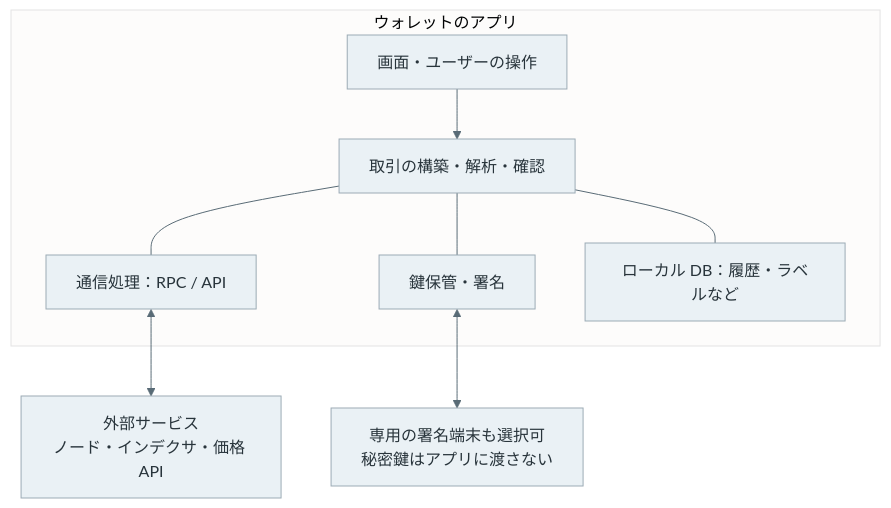
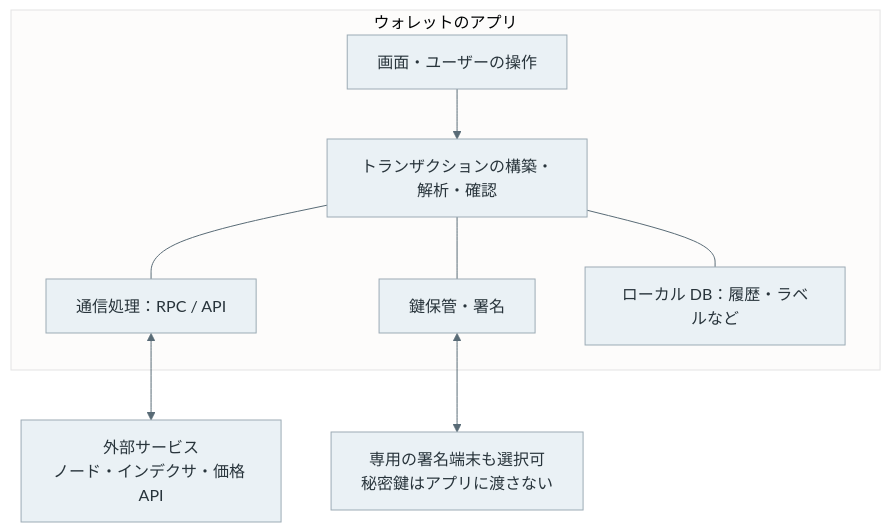
The tenth of 14 diagrams in content/notes/blockchain-systems/wallet/index.md (nao1215/debimate), drawn with Mermaid before and after one commit. The commit also changed other lines of this file and 12 other files, not shown here.

````diff
--- a/content/notes/blockchain-systems/wallet/index.md
+++ b/content/notes/blockchain-systems/wallet/index.md
@@ -516,14 +516,14 @@
 ```mermaid
 %%{init: {"theme":"base","themeVariables":{"primaryColor":"#eaf1f5","primaryTextColor":"#28343b","primaryBorderColor":"#9cabb5","lineColor":"#596b76","textColor":"#28343b","actorBkg":"#eaf1f5","actorBorder":"#9cabb5","actorTextColor":"#28343b","actorLineColor":"#9cabb5","signalColor":"#596b76","signalTextColor":"#28343b","noteBkgColor":"#f7f1e5","noteBorderColor":"#c5b99b","noteTextColor":"#403c32","activationBkgColor":"#edf3ef","activationBorderColor":"#9aafa1"}}}%%
 flowchart TB
     subgraph W["ウォレットのアプリ"]
-        U["画面・ユーザーの操作"] --> T["取引の構築・解析・確認"]
+        U["画面・ユーザーの操作"] --> T["トランザクションの構築・解析・確認"]
         T --- R["通信処理：RPC / API"]
         T --- K["鍵保管・署名"]
         T --- D["ローカル DB：履歴・ラベルなど"]
     end
     R <--> N["外部サービス<br/>ノード・インデクサ・価格 API"]
     K <--> H["専用の署名端末も選択可<br/>秘密鍵はアプリに渡さない"]
     classDef default fill:#eaf1f5,stroke:#9cabb5,color:#28343b;
     classDef note fill:#f7f1e5,stroke:#c5b99b,color:#403c32;
 ```
````
